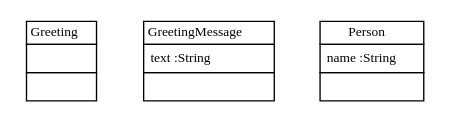
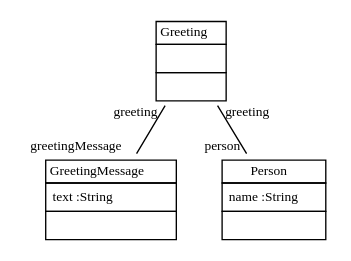
Before and after one commit to fujaba/SDMLib: the diagram in doc/TTC2011HelloWorldConstantTransformation2WithReferencesClassDiagram3.dot, drawn with Graphviz. The commit also changed 22 other files, not shown here.

```diff
--- a/doc/TTC2011HelloWorldConstantTransformation2WithReferencesClassDiagram3.dot
+++ b/doc/TTC2011HelloWorldConstantTransformation2WithReferencesClassDiagram3.dot
@@ -1,13 +1,15 @@
 
  digraph ClassDiagram {
     node [shape = none, fontsize = 10]; 
     edge [fontsize = 10];
     
     
     _Greeting [label=<<table border='0' cellborder='1' cellspacing='0'> <tr> <td HREF="../src/org/sdmlib/examples/helloworld/Greeting.java">Greeting</td> </tr> <tr><td><table border='0' cellborder='0' cellspacing='0'> <tr><td> </td></tr> </table></td></tr> <tr><td><table border='0' cellborder='0' cellspacing='0'> <tr><td> </td></tr> </table></td></tr> </table>>];
     _GreetingMessage [label=<<table border='0' cellborder='1' cellspacing='0'> <tr> <td HREF="../src/org/sdmlib/examples/helloworld/GreetingMessage.java">GreetingMessage</td> </tr> <tr><td><table border='0' cellborder='0' cellspacing='0'> <tr><td align='left'>text :String</td></tr>  </table></td></tr> <tr><td><table border='0' cellborder='0' cellspacing='0'> <tr><td> </td></tr> </table></td></tr> </table>>];
     _Person [label=<<table border='0' cellborder='1' cellspacing='0'> <tr> <td HREF="../src/org/sdmlib/examples/helloworld/Person.java">Person</td> </tr> <tr><td><table border='0' cellborder='0' cellspacing='0'> <tr><td align='left'>name :String</td></tr>  </table></td></tr> <tr><td><table border='0' cellborder='0' cellspacing='0'> <tr><td> </td></tr> </table></td></tr> </table>>];
     
     
     
+    _Greeting -> _GreetingMessage [headlabel = "greetingMessage" taillabel = "greeting" arrowhead = "none" ];
+    _Greeting -> _Person [headlabel = "person" taillabel = "greeting" arrowhead = "none" ];
 }
```
